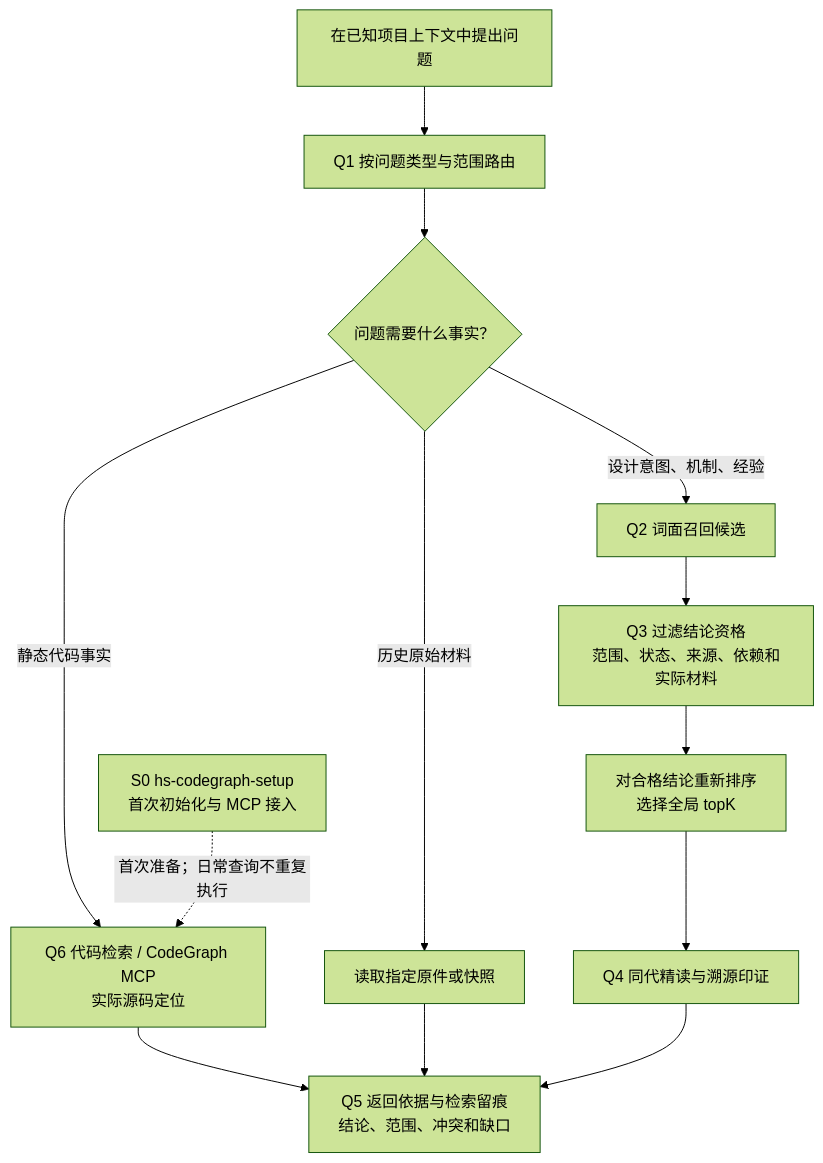
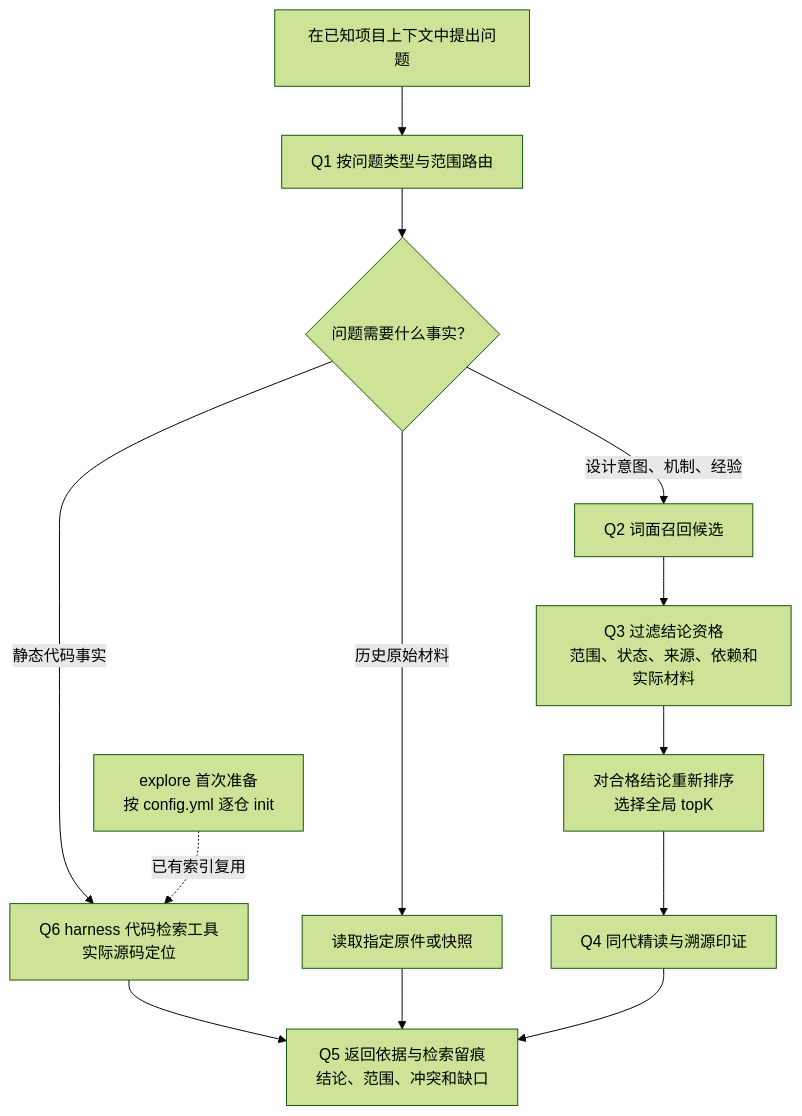
The ninth of 27 diagrams in himate-knowledge-wifi-mp/docs-llm-wiki/知识库详细设计.md (Robin-hhc/FactumCore), drawn with Mermaid (forest theme) before and after one commit. The commit also changed other lines of this file and 10 other files, not shown here.

Commit message:
refactor: fold CodeGraph initialization into knowledge explore

````diff
--- a/himate-knowledge-wifi-mp/docs-llm-wiki/知识库详细设计.md
+++ b/himate-knowledge-wifi-mp/docs-llm-wiki/知识库详细设计.md
@@ -380,15 +380,15 @@
 ```mermaid
 flowchart TD
     U["在已知项目上下文中提出问题"] --> Q1["Q1 按问题类型与范围路由"]
     Q1 --> ROUTE{"问题需要什么事实？"}
-    ROUTE -->|静态代码事实| Q6["Q6 代码检索 / CodeGraph MCP<br/>实际源码定位"]
-    S0["S0 hs-codegraph-setup<br/>首次初始化与 MCP 接入"] -. "首次准备；日常查询不重复执行" .-> Q6
+    ROUTE -->|静态代码事实| Q6["Q6 harness 代码检索工具<br/>实际源码定位"]
+    PREP["explore 首次准备<br/>按 config.yml 逐仓 init"] -. "已有索引复用" .-> Q6
     ROUTE -->|历史原始材料| RAW["读取指定原件或快照"]
     ROUTE -->|设计意图、机制、经验| Q2["Q2 词面召回候选"]
     Q2 --> Q3["Q3 过滤结论资格<br/>范围、状态、来源、依赖和实际材料"]
     Q3 --> TOP["对合格结论重新排序<br/>选择全局 topK"]
     TOP --> Q4["Q4 同代精读与溯源印证"]
     Q6 --> Q5
     RAW --> Q5
     Q4 --> Q5["Q5 返回依据与检索留痕<br/>结论、范围、冲突和缺口"]
 ```
````
